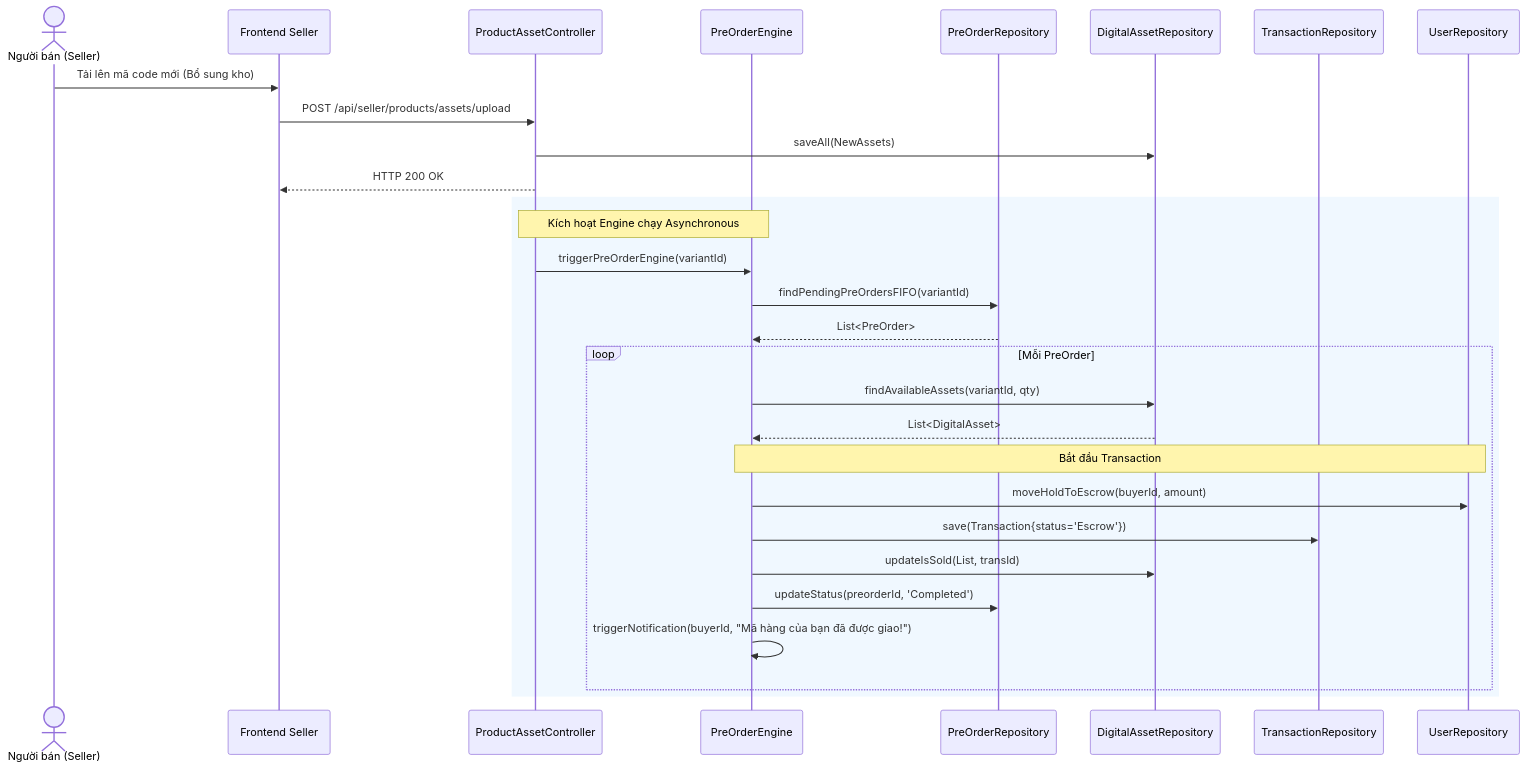
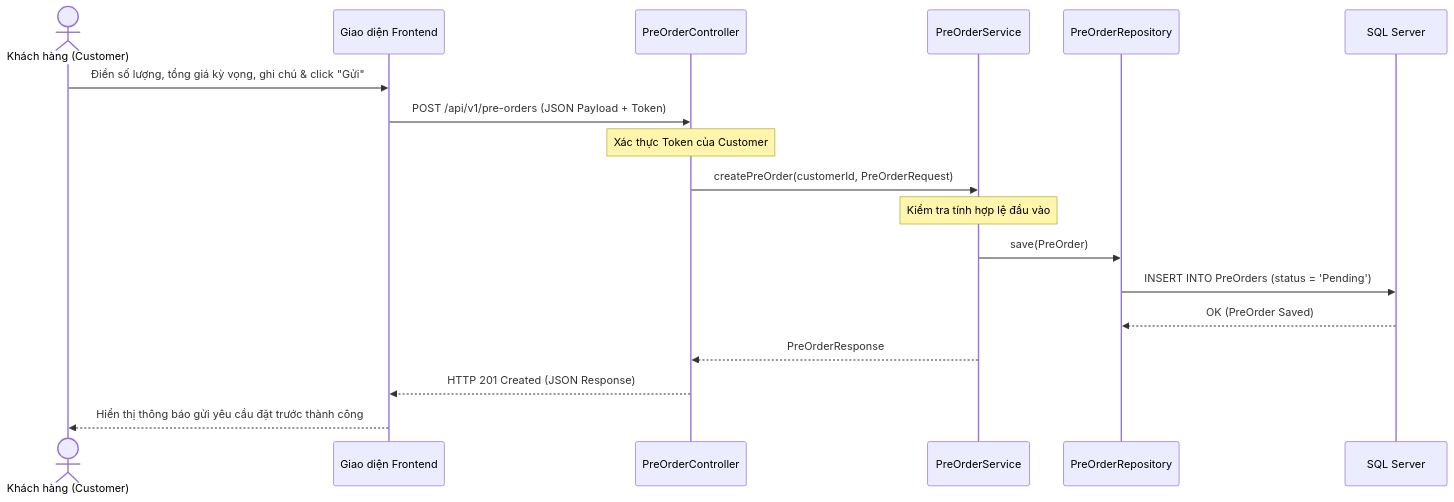
One commit to Vietanh1712/mmo-system changed the diagram in MMO_Market/MMO_Market (3)/MMO_Market/.sdd/specs/backend/feat-preorder/UC-16-preorder.md. Above: the diagram before and after it, drawn with Mermaid. The commit also changed other lines of this file and 15 other files, not shown here.

Commit message:
docs: bo sung dac ta danh gia san pham review, preorder va dac ta upload file

````diff
--- a/MMO_Market/MMO_Market (3)/MMO_Market/.sdd/specs/backend/feat-preorder/UC-16-preorder.md
+++ b/MMO_Market/MMO_Market (3)/MMO_Market/.sdd/specs/backend/feat-preorder/UC-16-preorder.md
@@ -101,35 +84,21 @@
 ```mermaid
 sequenceDiagram
-    actor S as Người bán (Seller)
-    participant FE as Frontend Seller
-    participant PAC as ProductAssetController
-    participant POE as PreOrderEngine
+    actor C as Khách hàng (Customer)
+    participant FE as Giao diện Frontend
+    participant POC as PreOrderController
+    participant POS as PreOrderService
     participant POR as PreOrderRepository
-    participant DAR as DigitalAssetRepository
-    participant TR as TransactionRepository
-    participant UR as UserRepository
+    participant DB as SQL Server
 
-    S->>FE: Tải lên mã code mới (Bổ sung kho)
-    FE->>PAC: POST /api/seller/products/assets/upload
-    PAC->>DAR: saveAll(NewAssets)
-    PAC-->>FE: HTTP 200 OK
-    
-    rect rgb(240, 248, 255)
-        Note over PAC, POE: Kích hoạt Engine chạy Asynchronous
-        PAC->>POE: triggerPreOrderEngine(variantId)
-        POE->>POR: findPendingPreOrdersFIFO(variantId)
-        POR-->>POE: List<PreOrder>
-        
-        loop Mỗi PreOrder
-            POE->>DAR: findAvailableAssets(variantId, qty)
-            DAR-->>POE: List<DigitalAsset>
-            
-            Note over POE, UR: Bắt đầu Transaction
-            POE->>UR: moveHoldToEscrow(buyerId, amount)
-            POE->>TR: save(Transaction{status='Escrow'})
-            POE->>DAR: updateIsSold(List, transId)
-            POE->>POR: updateStatus(preorderId, 'Completed')
-            POE->>POE: triggerNotification(buyerId, "Mã hàng của bạn đã được giao!")
-        end
-    end
+    C->>FE: Điền số lượng, tổng giá kỳ vọng, ghi chú & click "Gửi"
+    FE->>POC: POST /api/v1/pre-orders (JSON Payload + Token)
+    Note over POC: Xác thực Token của Customer
+    POC->>POS: createPreOrder(customerId, PreOrderRequest)
+    Note over POS: Kiểm tra tính hợp lệ đầu vào
+    POS->>POR: save(PreOrder)
+    POR->>DB: INSERT INTO PreOrders (status = 'Pending')
+    DB-->>POR: OK (PreOrder Saved)
+    POS-->>POC: PreOrderResponse
+    POC-->>FE: HTTP 201 Created (JSON Response)
+    FE-->>C: Hiển thị thông báo gửi yêu cầu đặt trước thành công
 ```
````
